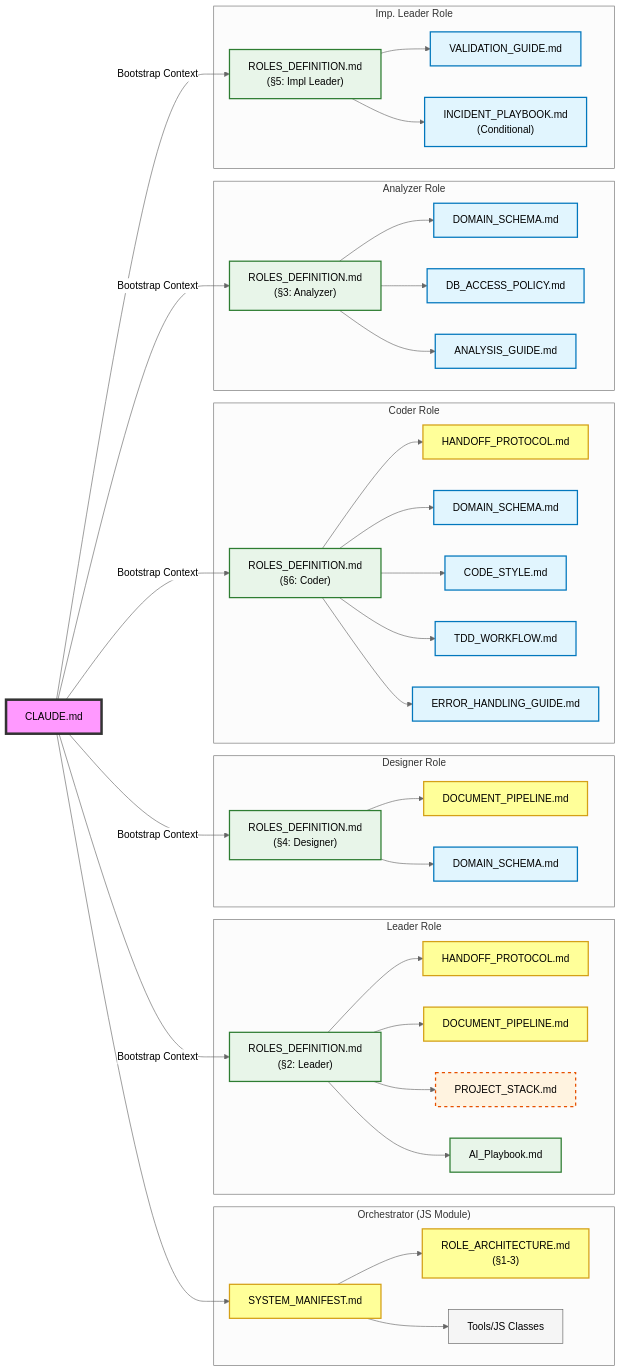
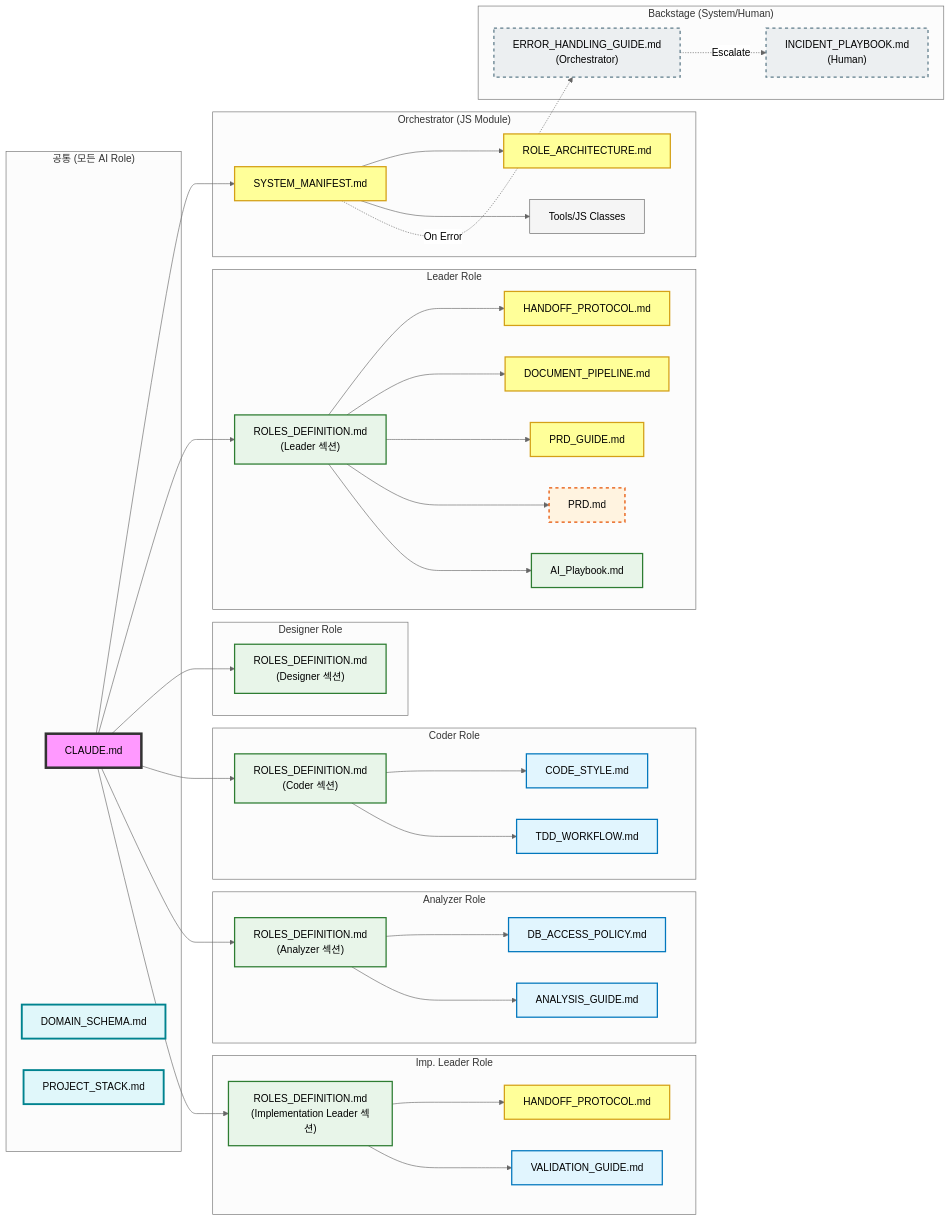
One commit to Jelly1104/orchestrator changed the second of 7 diagrams in ATO-System-B/.claude/README.md. Above: the diagram before and after it, drawn with Mermaid (neutral theme). The commit also changed other lines of this file and 280 other files, not shown here.

````diff
--- a/ATO-System-B/.claude/README.md
+++ b/ATO-System-B/.claude/README.md
@@ -117,84 +117,87 @@
 ```mermaid
 graph LR
     classDef root fill:#f9f,stroke:#333,stroke-width:4px
+    classDef common fill:#e0f7fa,stroke:#00838f,stroke-width:3px
     classDef protocol fill:#ff9,stroke:#d4a017,stroke-width:2px
     classDef rule fill:#e1f5fe,stroke:#0277bd,stroke-width:2px
     classDef def fill:#e8f5e9,stroke:#2e7d32,stroke-width:2px
     classDef input fill:#fff3e0,stroke:#e65100,stroke-width:2px,stroke-dasharray: 5 5
     classDef tool fill:#f5f5f5,stroke:#616161,stroke-width:1px
+    classDef backstage fill:#eceff1,stroke:#607d8b,stroke-width:2px,stroke-dasharray: 5 5
 
-    ROOT["CLAUDE.md"]:::root
+    subgraph COMMON ["공통 (모든 AI Role)"]
+        ROOT["CLAUDE.md"]:::root
+        COM_SCHEMA["DOMAIN_SCHEMA.md"]:::common
+        COM_STACK["PROJECT_STACK.md"]:::common
+    end
 
     subgraph ORC ["Orchestrator (JS Module)"]
         ORC_MAN["SYSTEM_MANIFEST.md"]:::protocol
-        ORC_ARCH["ROLE_ARCHITECTURE.md<br/>(§1-3)"]:::protocol
+        ORC_ARCH["ROLE_ARCHITECTURE.md"]:::protocol
         ORC_TOOLS["Tools/JS Classes"]:::tool
     end
 
     subgraph LEADER ["Leader Role"]
-        L_ROLES["ROLES_DEFINITION.md<br/>(§2: Leader)"]:::def
+        L_ROLES["ROLES_DEFINITION.md<br/>(Leader 섹션)"]:::def
         L_HANDOFF["HANDOFF_PROTOCOL.md"]:::protocol
         L_DOCPIPE["DOCUMENT_PIPELINE.md"]:::protocol
-        L_STACK["PROJECT_STACK.md"]:::input
+        L_PRDGUIDE["PRD_GUIDE.md"]:::protocol
+        L_PRD["PRD.md"]:::input
         L_PLAYBOOK["AI_Playbook.md"]:::def
     end
 
     subgraph DESIGNER ["Designer Role"]
-        D_ROLES["ROLES_DEFINITION.md<br/>(§4: Designer)"]:::def
-        D_DOCPIPE["DOCUMENT_PIPELINE.md"]:::protocol
-        D_SCHEMA["DOMAIN_SCHEMA.md"]:::rule
+        D_ROLES["ROLES_DEFINITION.md<br/>(Designer 섹션)"]:::def
     end
 
     subgraph CODER ["Coder Role"]
-        C_ROLES["ROLES_DEFINITION.md<br/>(§6: Coder)"]:::def
-        C_HANDOFF["HANDOFF_PROTOCOL.md"]:::protocol
-        C_SCHEMA["DOMAIN_SCHEMA.md"]:::rule
+        C_ROLES["ROLES_DEFINITION.md<br/>(Coder 섹션)"]:::def
         C_STYLE["CODE_STYLE.md"]:::rule
         C_TDD["TDD_WORKFLOW.md"]:::rule
-        C_ERROR["ERROR_HANDLING_GUIDE.md"]:::rule
     end
 
     subgraph ANALYZER ["Analyzer Role"]
-        A_ROLES["ROLES_DEFINITION.md<br/>(§3: Analyzer)"]:::def
-        A_SCHEMA["DOMAIN_SCHEMA.md"]:::rule
+        A_ROLES["ROLES_DEFINITION.md<br/>(Analyzer 섹션)"]:::def
         A_DB["DB_ACCESS_POLICY.md"]:::rule
         A_ANALYSIS["ANALYSIS_GUIDE.md"]:::rule
     end
 
     subgraph IMPLEADER ["Imp. Leader Role"]
-        I_ROLES["ROLES_DEFINITION.md<br/>(§5: Impl Leader)"]:::def
+        I_ROLES["ROLES_DEFINITION.md<br/>(Implementation Leader 섹션)"]:::def
+        I_HANDOFF["HANDOFF_PROTOCOL.md"]:::protocol
         I_VALID["VALIDATION_GUIDE.md"]:::rule
-        I_INCIDENT["INCIDENT_PLAYBOOK.md<br/>(Conditional)"]:::rule
+    end
+
+    subgraph BACKSTAGE ["Backstage (System/Human)"]
+        B_ERROR["ERROR_HANDLING_GUIDE.md<br/>(Orchestrator)"]:::backstage
+        B_INCIDENT["INCIDENT_PLAYBOOK.md<br/>(Human)"]:::backstage
     end
 
     ROOT --> ORC_MAN
-    ROOT -->|Bootstrap Context| L_ROLES
-    ROOT -->|Bootstrap Context| D_ROLES
-    ROOT -->|Bootstrap Context| C_ROLES
-    ROOT -->|Bootstrap Context| A_ROLES
-    ROOT -->|Bootstrap Context| I_ROLES
+    ROOT --> L_ROLES
+    ROOT --> D_ROLES
+    ROOT --> C_ROLES
+    ROOT --> A_ROLES
+    ROOT --> I_ROLES
 
     ORC_MAN --> ORC_ARCH
     ORC_MAN --> ORC_TOOLS
 
     L_ROLES --> L_HANDOFF
     L_ROLES --> L_DOCPIPE
-    L_ROLES --> L_STACK
+    L_ROLES --> L_PRDGUIDE
+    L_ROLES --> L_PRD
     L_ROLES --> L_PLAYBOOK
 
-    D_ROLES --> D_DOCPIPE
-    D_ROLES --> D_SCHEMA
-
-    C_ROLES --> C_HANDOFF
-    C_ROLES --> C_SCHEMA
     C_ROLES --> C_STYLE
     C_ROLES --> C_TDD
-    C_ROLES --> C_ERROR
 
-    A_ROLES --> A_SCHEMA
     A_ROLES --> A_DB
     A_ROLES --> A_ANALYSIS
 
+    I_ROLES --> I_HANDOFF
     I_ROLES --> I_VALID
-    I_ROLES --> I_INCIDENT
+
+    ORC_MAN -.->|On Error| B_ERROR
+    B_ERROR -.->|Escalate| B_INCIDENT
 ```
````
